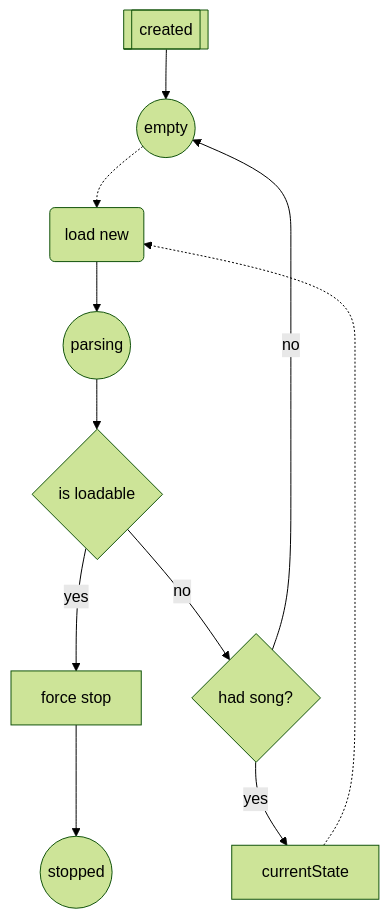
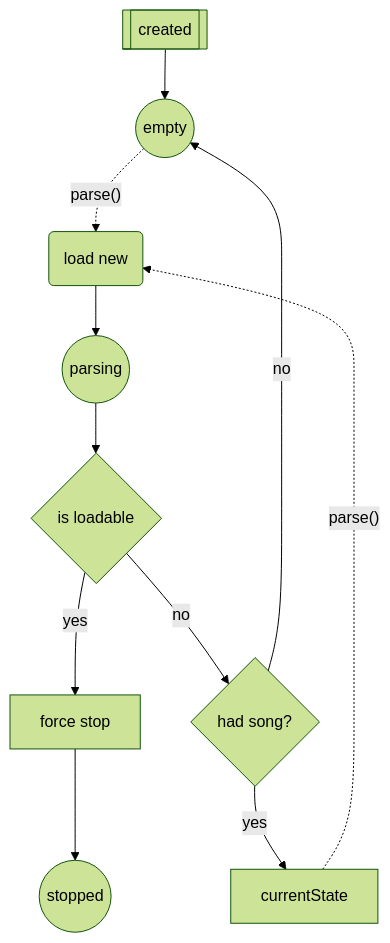
One commit to purewack/jsong-audio changed the first of 4 diagrams in docs/LOGIC.md. Above: the diagram before and after it, drawn with Mermaid (forest theme). The commit also changed 4 other files, not shown here.

````diff
--- a/docs/LOGIC.md
+++ b/docs/LOGIC.md
@@ -9,16 +9,16 @@
 ```mermaid
 graph 
 	
 	created[[created]]
 	created-->empty
 	new(load new)
 	empty((empty))
 	parse((parsing))
-	empty-.->new
+	empty-."parse()".->new
 	new-->parse-->checkNew{is loadable}
 	checkNew--"yes"-->stopForParse[force stop]-->parseStop((stopped))
 	checkNew--"no"-->checkLoaded
-	checkLoaded{had song?}--"yes"-->currentState-.->new
+	checkLoaded{had song?}--"yes"-->currentState-."parse()".->new
 	checkLoaded--"no"-->empty
 
 ```
````
